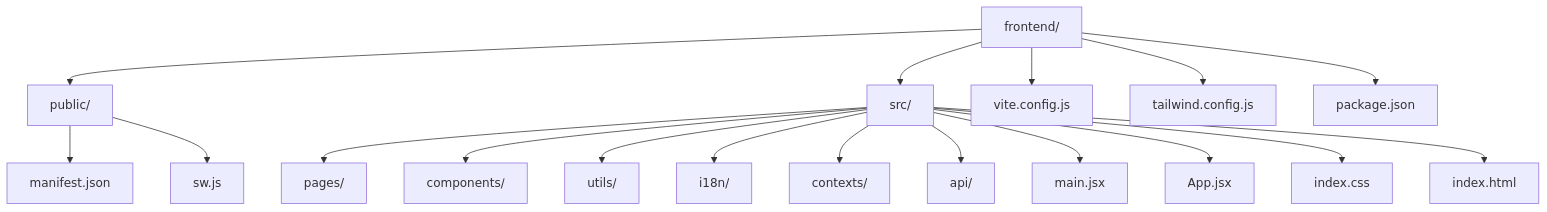
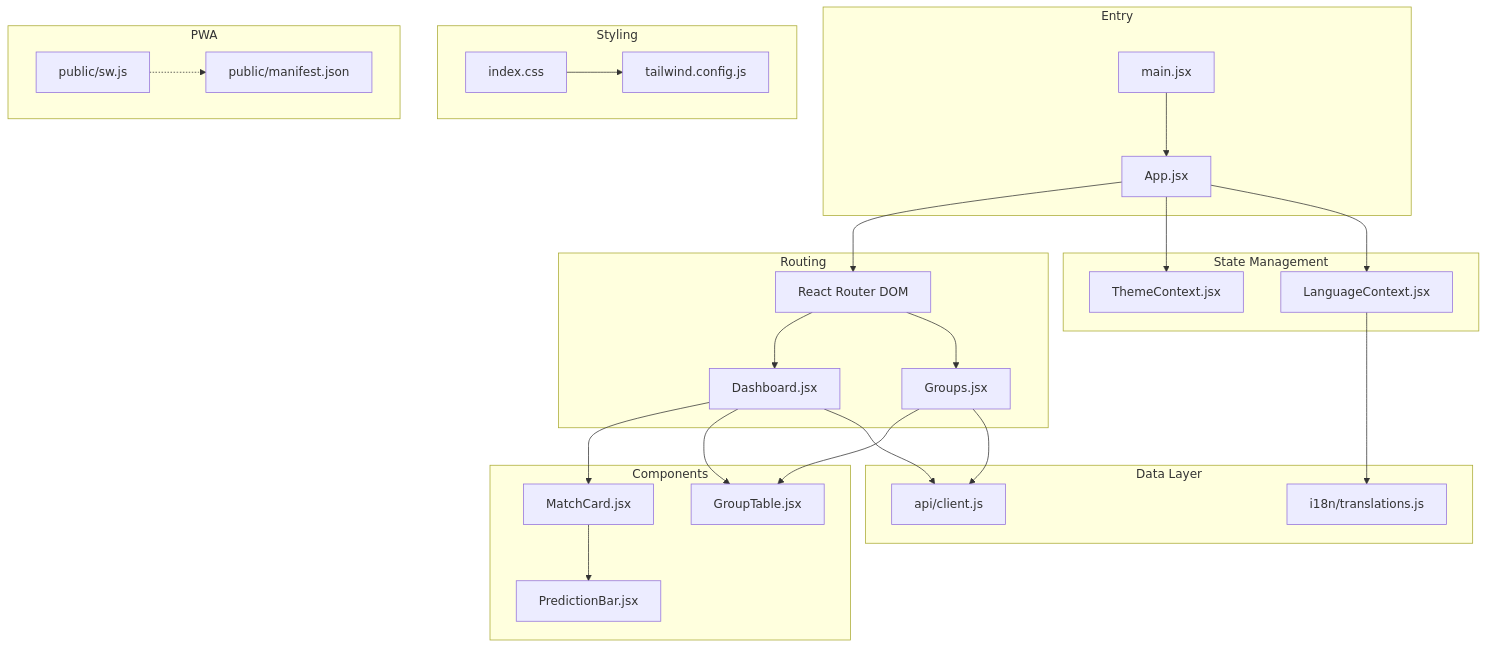
Before and after one commit to cheesiong/WC26-qwen: the first of 9 diagrams in .qoder/repowiki/en/content/System Architecture/Frontend Architecture.md, drawn with Mermaid. The commit also changed other lines of this file and 181 other files, not shown here.

````diff
--- a/.qoder/repowiki/en/content/System Architecture/Frontend Architecture.md
+++ b/.qoder/repowiki/en/content/System Architecture/Frontend Architecture.md
@@ -48,20 +50,48 @@
 ```mermaid
 graph TB
-Root["frontend/"] --> Public["public/"]
-Root --> Src["src/"]
-Src --> Pages["pages/"]
-Src --> Components["components/"]
-Src --> Utils["utils/"]
-Src --> I18N["i18n/"]
-Src --> Contexts["contexts/"]
-Src --> API["api/"]
-Src --> Main["main.jsx"]
-Src --> App["App.jsx"]
-Src --> IndexCSS["index.css"]
-Src --> HTML["index.html"]
-Root --> Vite["vite.config.js"]
-Root --> Tailwind["tailwind.config.js"]
-Root --> Package["package.json"]
-Public --> Manifest["manifest.json"]
-Public --> SW["sw.js"]
+subgraph "Entry"
+MJS["main.jsx"]
+APP["App.jsx"]
+end
+subgraph "Routing"
+ROUTER["React Router DOM"]
+DASH["Dashboard.jsx"]
+GROUPS["Groups.jsx"]
+end
+subgraph "Components"
+MATCH["MatchCard.jsx"]
+TABLE["GroupTable.jsx"]
+BAR["PredictionBar.jsx"]
+end
+subgraph "State Management"
+THEME["ThemeContext.jsx"]
+LANG["LanguageContext.jsx"]
+end
+subgraph "Data Layer"
+API["api/client.js"]
+TRANSL["i18n/translations.js"]
+end
+subgraph "Styling"
+TWCFG["tailwind.config.js"]
+CSS["index.css"]
+end
+subgraph "PWA"
+SW["public/sw.js"]
+MAN["public/manifest.json"]
+end
+MJS --> APP
+APP --> ROUTER
+ROUTER --> DASH
+ROUTER --> GROUPS
+DASH --> MATCH
+DASH --> TABLE
+GROUPS --> TABLE
+MATCH --> BAR
+APP --> THEME
+APP --> LANG
+DASH --> API
+GROUPS --> API
+LANG --> TRANSL
+CSS --> TWCFG
+SW -.-> MAN
 ```
````
